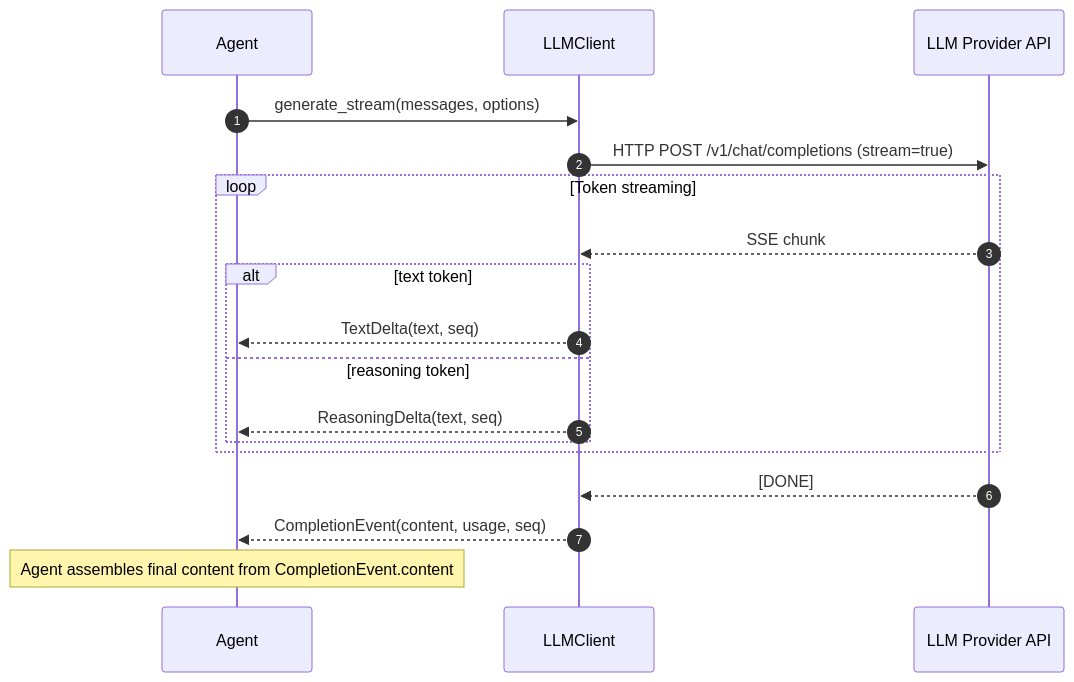
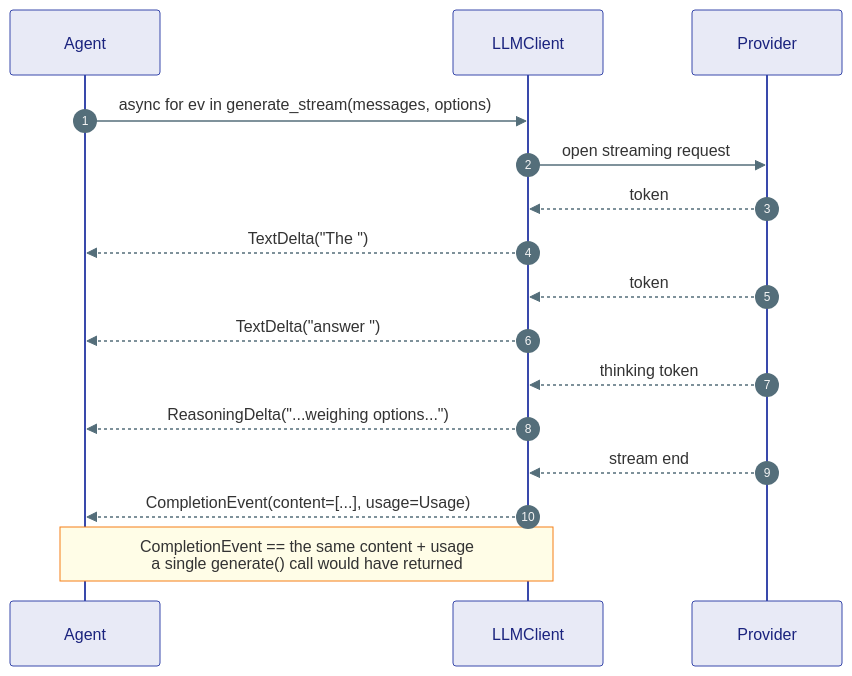
The fourth of 5 diagrams in agents/agent-substrate/docs/kernel/02-llm.md (Ravikumarchavva/agent-substrate), drawn with Mermaid before and after one commit. The commit also changed other lines of this file and 139 other files, not shown here.

First line of the commit message:
Add in-memory graph and vector stores for local development and testing

````diff
--- a/agents/agent-substrate/docs/kernel/02-llm.md
+++ b/agents/agent-substrate/docs/kernel/02-llm.md
@@ -40,24 +195,20 @@
 ```mermaid
+%%{init: {'theme': 'base', 'themeVariables': {'actorBkg': '#E8EAF6','actorBorder': '#3949AB','actorTextColor': '#1A237E','noteBkgColor': '#FFFDE7','noteBorderColor': '#F57F17','signalColor': '#546E7A','fontSize': '12px'}}}%%
 sequenceDiagram
     autonumber
-    participant Agent
-    participant LLMClient
-    participant Provider as LLM Provider API
+    participant AG as Agent
+    participant CL as LLMClient
+    participant PV as Provider
 
-    Agent->>LLMClient: generate_stream(messages, options)
-    LLMClient->>Provider: HTTP POST /v1/chat/completions (stream=true)
-
-    loop Token streaming
-        Provider-->>LLMClient: SSE chunk
-        alt text token
-            LLMClient-->>Agent: TextDelta(text, seq)
-        else reasoning token
-            LLMClient-->>Agent: ReasoningDelta(text, seq)
-        end
-    end
-
-    Provider-->>LLMClient: [DONE]
-    LLMClient-->>Agent: CompletionEvent(content, usage, seq)
-
-    Note over Agent: Agent assembles final content from CompletionEvent.content
+    AG->>CL: async for ev in generate_stream(messages, options)
+    CL->>PV: open streaming request
+    PV-->>CL: token
+    CL-->>AG: TextDelta("The ")
+    PV-->>CL: token
+    CL-->>AG: TextDelta("answer ")
+    PV-->>CL: thinking token
+    CL-->>AG: ReasoningDelta("...weighing options...")
+    PV-->>CL: stream end
+    CL-->>AG: CompletionEvent(content=[...], usage=Usage)
+    Note over AG,CL: CompletionEvent == the same content + usage<br/>a single generate() call would have returned
 ```
````
